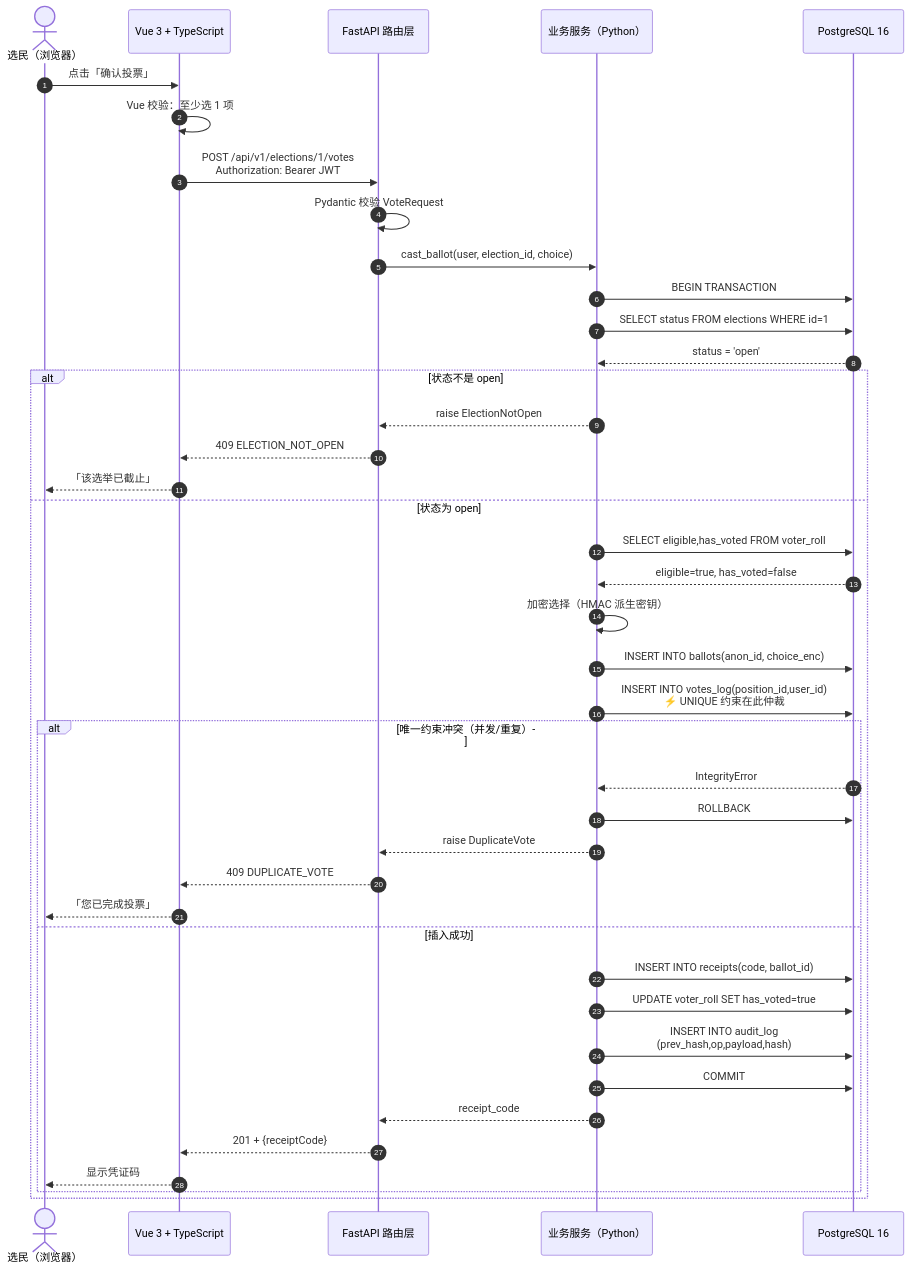
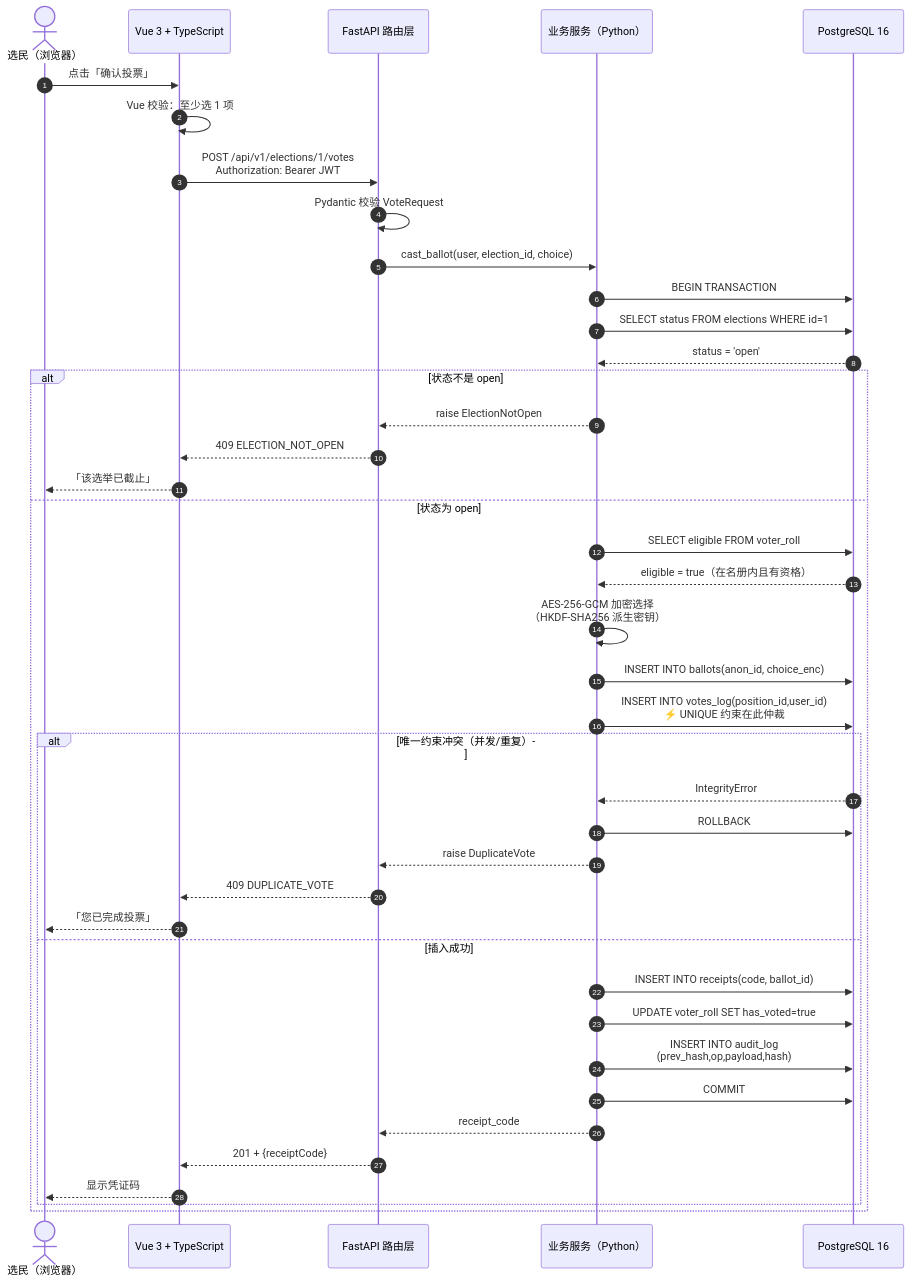
The fourth of 5 diagrams in docs/02-flowchart-with-tech-stack.md (David-echo/COMP3500_group_project), drawn with Mermaid before and after one commit. The commit also changed other lines of this file and 4 other files, not shown here.

First line of the commit message:
docs: 流程图与文档同步 FastAPI 实现（修正 5 处过时描述）

````diff
--- a/docs/02-flowchart-with-tech-stack.md
+++ b/docs/02-flowchart-with-tech-stack.md
@@ -148,47 +221,47 @@
 ```mermaid
 sequenceDiagram
     autonumber
     actor V as 选民（浏览器）
     participant FE as Vue 3 + TypeScript
     participant RT as FastAPI 路由层
     participant SC as 业务服务（Python）
     participant DB as PostgreSQL 16
 
     V->>FE: 点击「确认投票」
     FE->>FE: Vue 校验：至少选 1 项
     FE->>RT: POST /api/v1/elections/1/votes<br/>Authorization: Bearer JWT
     RT->>RT: Pydantic 校验 VoteRequest
 
     RT->>SC: cast_ballot(user, election_id, choice)
     SC->>DB: BEGIN TRANSACTION
     SC->>DB: SELECT status FROM elections WHERE id=1
     DB-->>SC: status = 'open'
 
     alt 状态不是 open
         SC-->>RT: raise ElectionNotOpen
         RT-->>FE: 409 ELECTION_NOT_OPEN
         FE-->>V: 「该选举已截止」
     else 状态为 open
-        SC->>DB: SELECT eligible,has_voted FROM voter_roll
-        DB-->>SC: eligible=true, has_voted=false
-        SC->>SC: 加密选择（HMAC 派生密钥）
+        SC->>DB: SELECT eligible FROM voter_roll
+        DB-->>SC: eligible = true（在名册内且有资格）
+        SC->>SC: AES-256-GCM 加密选择<br/>（HKDF-SHA256 派生密钥）
         SC->>DB: INSERT INTO ballots(anon_id, choice_enc)
         SC->>DB: INSERT INTO votes_log(position_id,user_id)<br/>⚡ UNIQUE 约束在此仲裁
 
         alt 唯一约束冲突（并发/重复）
             DB-->>SC: IntegrityError
             SC->>DB: ROLLBACK
             SC-->>RT: raise DuplicateVote
             RT-->>FE: 409 DUPLICATE_VOTE
             FE-->>V: 「您已完成投票」
         else 插入成功
             SC->>DB: INSERT INTO receipts(code, ballot_id)
             SC->>DB: UPDATE voter_roll SET has_voted=true
             SC->>DB: INSERT INTO audit_log<br/>(prev_hash,op,payload,hash)
             SC->>DB: COMMIT
             SC-->>RT: receipt_code
             RT-->>FE: 201 + {receiptCode}
             FE-->>V: 显示凭证码
         end
     end
 ```
````
